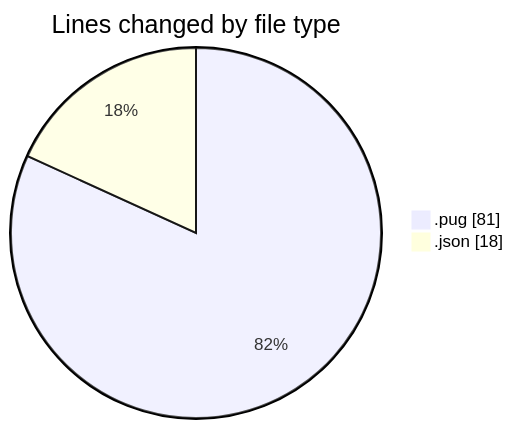
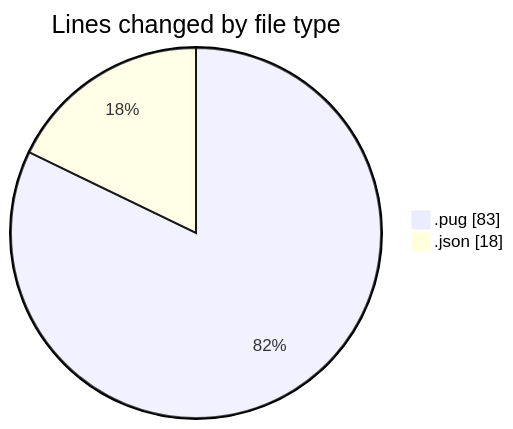
One commit to momahboobian/code-tracking changed the first of 2 diagrams in 2025-11-03/cda/README.md. Above: the diagram before and after it, drawn with Mermaid. The commit also changed other lines of this file and 1 other file, not shown here.

````diff
--- a/2025-11-03/cda/README.md
+++ b/2025-11-03/cda/README.md
@@ -21,6 +21,6 @@
 ```mermaid
 pie showData
 title Lines changed by file type
-".pug" : 81
+".pug" : 83
 ".json" : 18
 ```
````
